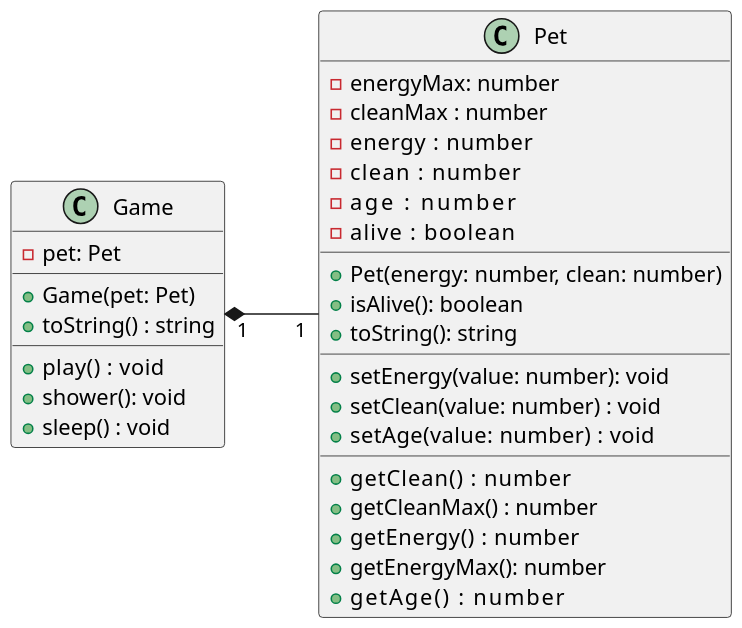
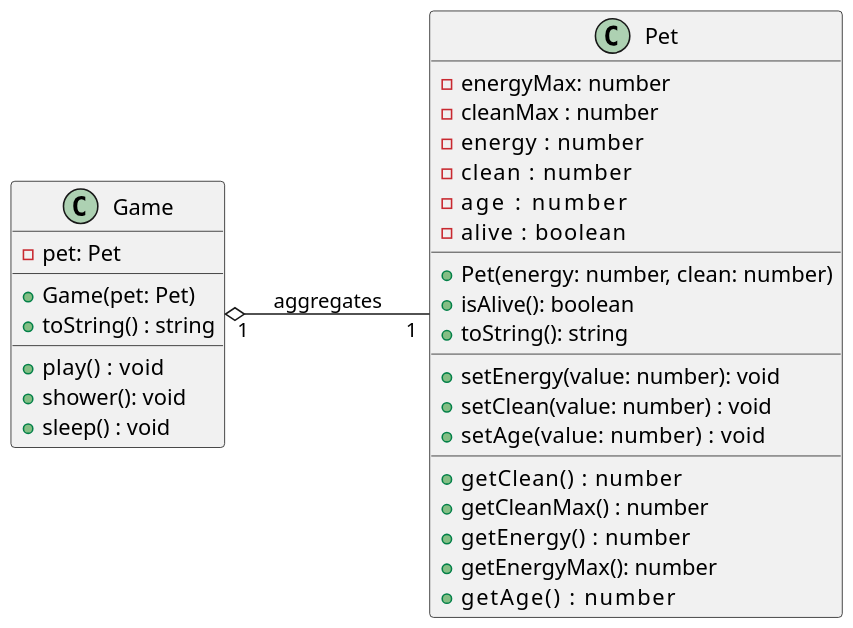
The diagram in labs/tamagotchi/assets/diagrama.puml (qxcodepoo/arcade), drawn with PlantUML before and after one commit. The commit also changed 347 other files, not shown here.

```diff
--- a/labs/tamagotchi/assets/diagrama.puml
+++ b/labs/tamagotchi/assets/diagrama.puml
@@ -1,44 +1,44 @@
 @startuml
 
 skinparam defaultFontName "Source Code Pro"
 skinparam dpi 150
 
 left to right direction
 
 class Pet {
     - energyMax: number
     - cleanMax : number
     - energy   : number
     - clean    : number
     - age      : number
     - alive    : boolean
     __
     + Pet(energy: number, clean: number)
     + isAlive(): boolean
     + toString(): string
     __
     + setEnergy(value: number): void
     + setClean(value: number) : void
     + setAge(value: number)   : void
     __
     + getClean()    : number
     + getCleanMax() : number
     + getEnergy()   : number
     + getEnergyMax(): number
     + getAge()      : number
 }
 
 class Game {
     - pet: Pet
     __
     + Game(pet: Pet)
     + toString() : string
     __
     + play()  : void
     + shower(): void
     + sleep() : void
 }
 
-Game "1" *-- "1" Pet
+Game "1" o-- "1" Pet : aggregates
 
 @enduml
```
